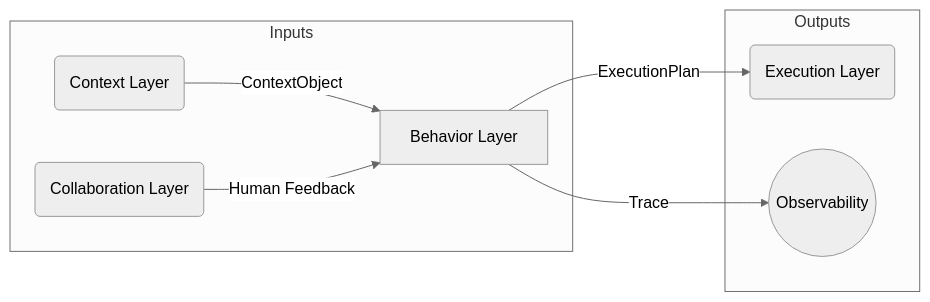
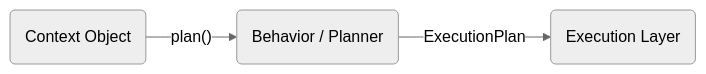
The diagram in layers/02-behavior-layer.md (artiquare/cognitive-agentic-architecture), drawn with Mermaid (neutral theme) before and after one commit.

Commit message:
simpler behavior chart

````diff
--- a/layers/02-behavior-layer.md
+++ b/layers/02-behavior-layer.md
@@ -26,12 +26,5 @@
 ```mermaid
-graph LR
-    subgraph Inputs
-        C(Context Layer) -- "ContextObject" --> B[Behavior Layer];
-        COL(Collaboration Layer) -- "Human Feedback" --> B;
-    end
-
-    subgraph Outputs
-        B -- "ExecutionPlan" --> E(Execution Layer);
-        B -- "Trace" --> O((Observability));
-    end
+flowchart LR
+    C(Context Object) -- "plan()" --> B(Behavior / Planner)
+    B -- "ExecutionPlan" --> E(Execution Layer)
 ```
````
